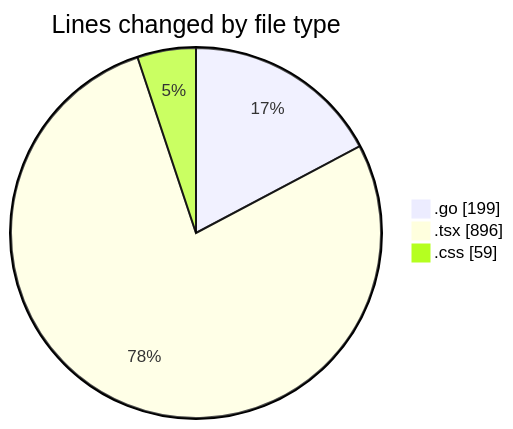
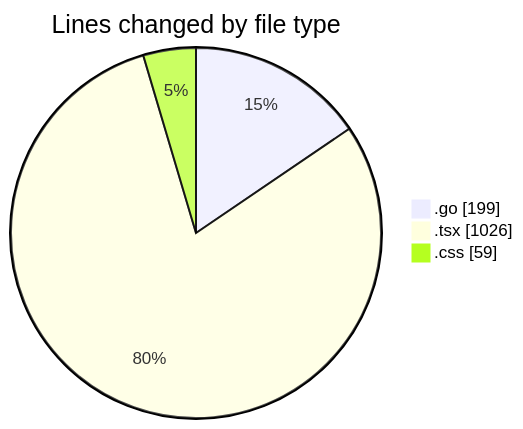
One commit to robertbonfada/code-tracking changed the first of 2 diagrams in 2025-03-11/termonied_testador/README.md. Above: the diagram before and after it, drawn with Mermaid. The commit also changed other lines of this file and 1 other file, not shown here.

````diff
--- a/2025-03-11/termonied_testador/README.md
+++ b/2025-03-11/termonied_testador/README.md
@@ -28,7 +28,7 @@
 ```mermaid
 pie showData
 title Lines changed by file type
 ".go" : 199
-".tsx" : 896
+".tsx" : 1026
 ".css" : 59
 ```
````
